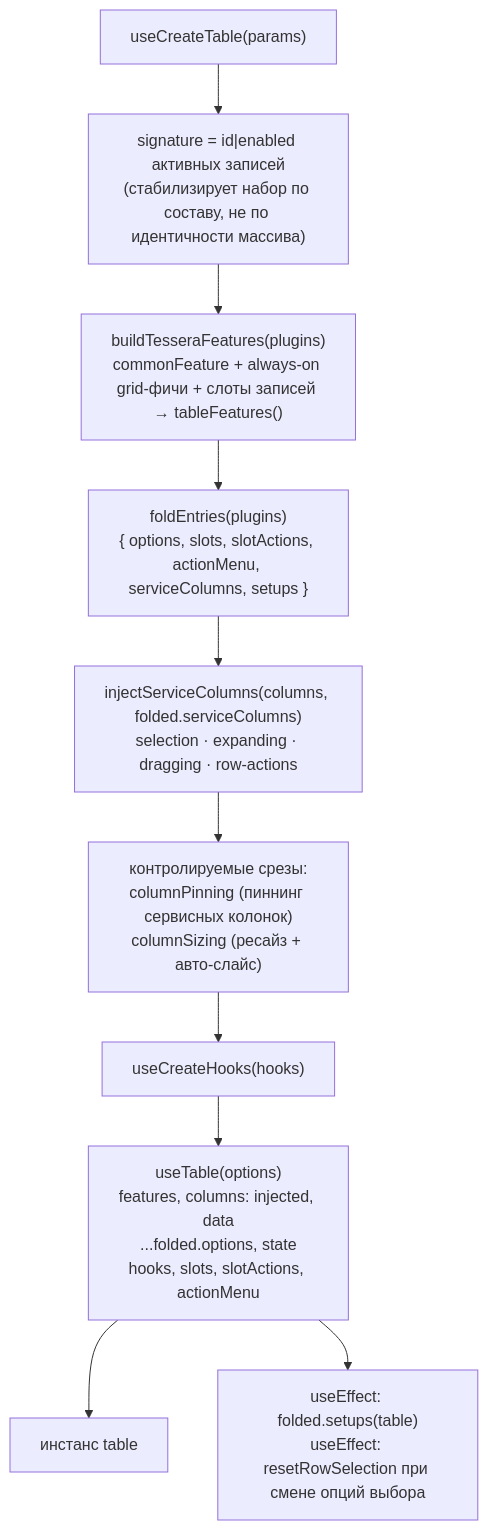
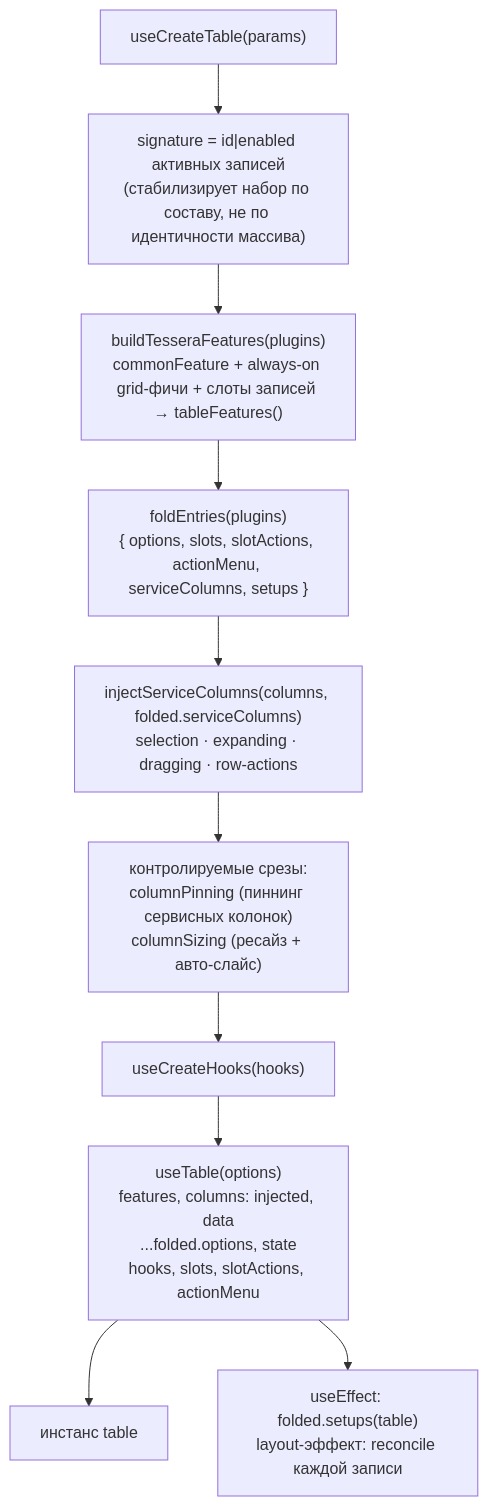
The first of 2 diagrams in docs/architecture/table-assembly.md (tessera-grid/tessera), drawn with Mermaid before and after one commit. The commit also changed 52 other files, not shown here.

````diff
--- a/docs/architecture/table-assembly.md
+++ b/docs/architecture/table-assembly.md
@@ -27,18 +27,18 @@
 ```mermaid
 flowchart TB
     IN["useCreateTable(params)"]
 
     SIG["signature = id|enabled активных записей<br/>(стабилизирует набор по составу, не по идентичности массива)"]
     FEAT["buildTesseraFeatures(plugins)<br/>commonFeature + always-on grid-фичи + слоты записей → tableFeatures()"]
     FOLD["foldEntries(plugins)<br/>{ options, slots, slotActions, actionMenu, serviceColumns, setups }"]
     COLS["injectServiceColumns(columns, folded.serviceColumns)<br/>selection · expanding · dragging · row-actions"]
     CTRL["контролируемые срезы:<br/>columnPinning (пиннинг сервисных колонок)<br/>columnSizing (ресайз + авто-слайс)"]
     HK["useCreateHooks(hooks)"]
 
     RT["useTable(options)<br/>features, columns: injected, data<br/>...folded.options, state<br/>hooks, slots, slotActions, actionMenu"]
 
     OUT["инстанс table"]
 
     IN --> SIG --> FEAT --> FOLD --> COLS --> CTRL --> HK --> RT --> OUT
-    RT --> EFF["useEffect: folded.setups(table)<br/>useEffect: resetRowSelection при смене опций выбора"]
+    RT --> EFF["useEffect: folded.setups(table)<br/>layout-эффект: reconcile каждой записи"]
 ```
````
